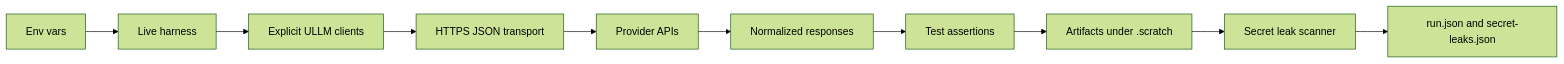
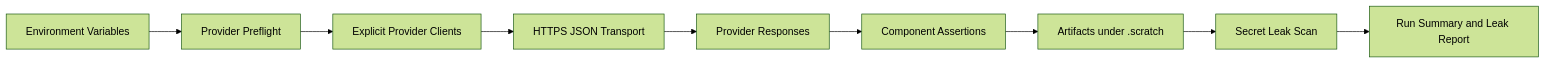
Before and after one commit to jaytaylor/attractor-tcl: the fourth of 5 diagrams in docs/sprints/SPRINT-004-comprehensive-implementation-plan.md, drawn with Mermaid (forest theme). The commit also changed other lines of this file, not shown here.

````diff
--- a/docs/sprints/SPRINT-004-comprehensive-implementation-plan.md
+++ b/docs/sprints/SPRINT-004-comprehensive-implementation-plan.md
@@ -842,12 +1154,11 @@
 ```mermaid
 flowchart LR
-  ENV[Env vars] --> HARNESS[Live harness]
-  HARNESS --> CLIENTS[Explicit ULLM clients]
-  CLIENTS --> HTTPS[HTTPS JSON transport]
-  HTTPS --> API[Provider APIs]
-  API --> RESP[Normalized responses]
-  RESP --> ASSERT[Test assertions]
+  ENV[Environment Variables] --> PREFLIGHT[Provider Preflight]
+  PREFLIGHT --> CLIENTS[Explicit Provider Clients]
+  CLIENTS --> HTTP[HTTPS JSON Transport]
+  HTTP --> RESP[Provider Responses]
+  RESP --> ASSERT[Component Assertions]
   ASSERT --> ART[Artifacts under .scratch]
-  ART --> SCAN[Secret leak scanner]
-  SCAN --> REPORT[run.json and secret-leaks.json]
+  ART --> SCAN[Secret Leak Scan]
+  SCAN --> REPORT[Run Summary and Leak Report]
 ```
````
